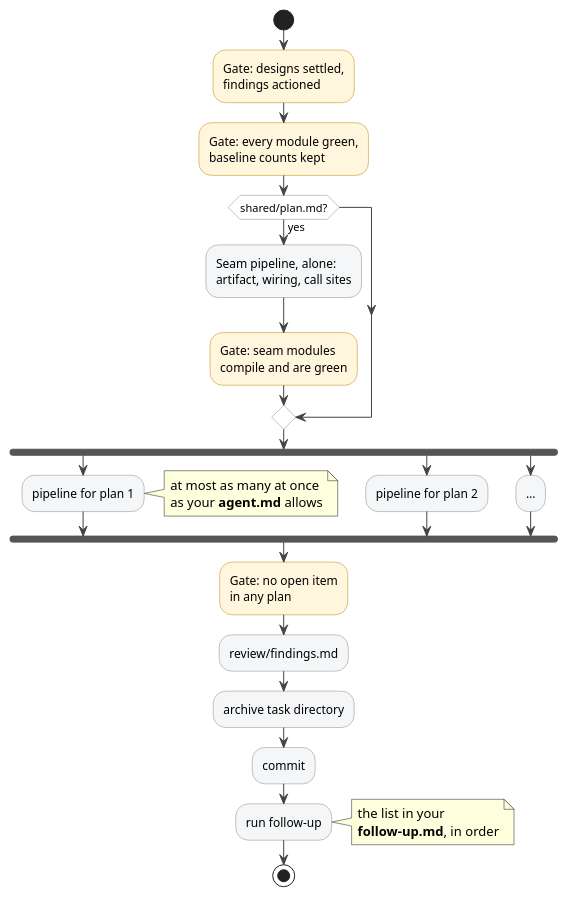
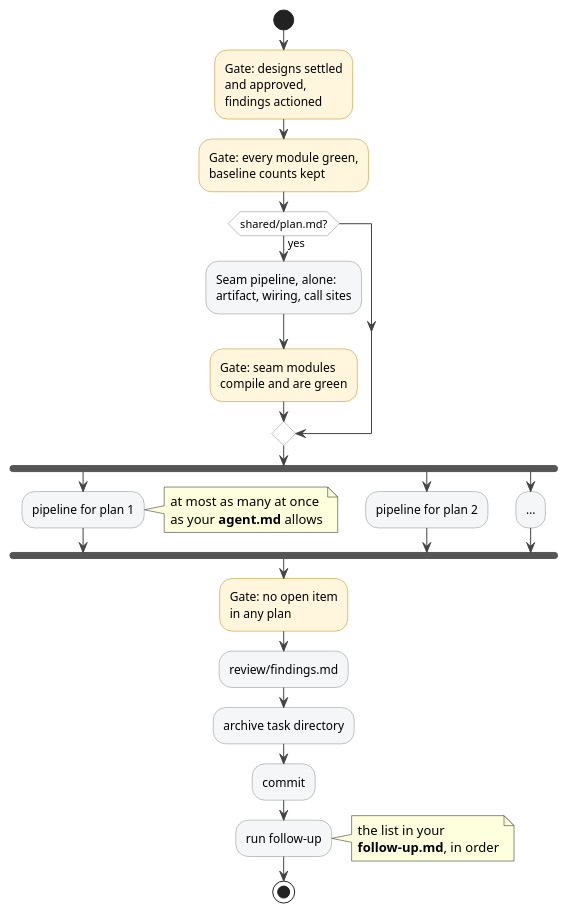
One commit to ds-usova/tdd-sdlc changed the diagram in docs/diagrams/implement-plan-task.puml. Above: the diagram before and after it, drawn with PlantUML. The commit also changed 10 other files, not shown here.

```diff
--- a/docs/diagrams/implement-plan-task.puml
+++ b/docs/diagrams/implement-plan-task.puml
@@ -1,51 +1,52 @@
 @startuml implement-plan-task
 skinparam defaultFontName Helvetica
 skinparam shadowing false
 skinparam ActivityBackgroundColor #F4F6F8
 skinparam ActivityBorderColor #888
 skinparam ActivityDiamondBackgroundColor #FFFFFF
 skinparam ActivityDiamondBorderColor #888
 skinparam ArrowColor #444
 <style>
 activityDiagram {
   .gate {
     BackgroundColor #FFF6DD
     LineColor #B8860B
   }
 }
 </style>
 
 start
-:Gate: designs settled,
+:Gate: designs settled
+and approved,
 findings actioned;<<gate>>
 :Gate: every module green,
 baseline counts kept;<<gate>>
 if (shared/plan.md?) then (yes)
   :Seam pipeline, alone:
   artifact, wiring, call sites;
   :Gate: seam modules
   compile and are green;<<gate>>
 endif
 fork
   :pipeline for plan 1;
   note right
     at most as many at once
     as your **agent.md** allows
   end note
 fork again
   :pipeline for plan 2;
 fork again
   :…;
 end fork
 :Gate: no open item
 in any plan;<<gate>>
 :review/findings.md;
 :archive task directory;
 :commit;
 :run follow-up;
 note right
   the list in your
   **follow-up.md**, in order
 end note
 stop
 @enduml
```
